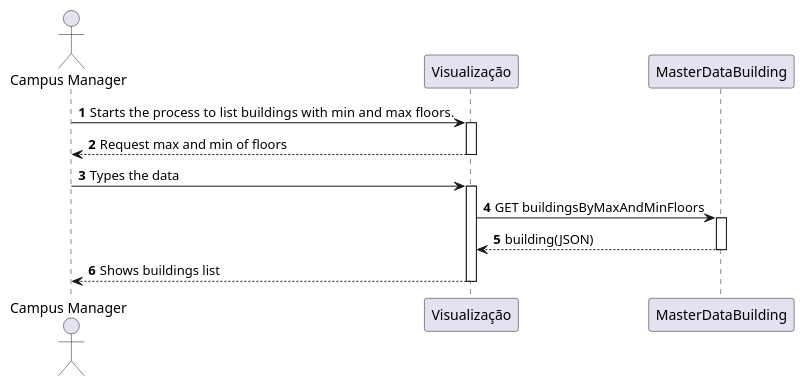
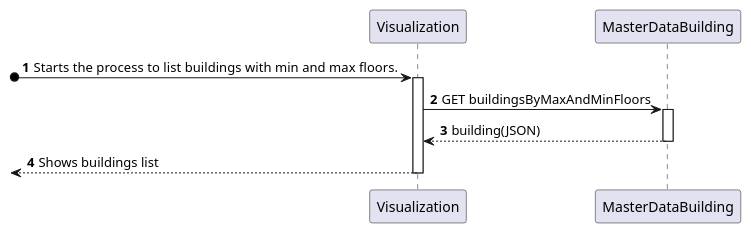
The diagram in docs/US_180/Diagrams/Level2/ProcessView.puml (Pedro-Pereira1/sem5pi_23_24_g056), drawn with PlantUML before and after one commit. The commit also changed 1 other file, not shown here.

Commit message:
Updated US180 ProcessView layer 2 diagram

```diff
--- a/docs/US_180/Diagrams/Level2/ProcessView.puml
+++ b/docs/US_180/Diagrams/Level2/ProcessView.puml
@@ -1,25 +1,21 @@
 @startuml
 
 autonumber
-actor "Campus Manager" as CM
-participant Visualização
+
+participant Visualization
 participant "MasterDataBuilding" as GI
 
-CM -> Visualização: Starts the process to  list buildings with min and max floors.
-activate Visualização
-Visualização --> CM: Request max and min of floors
-deactivate Visualização
+?o-> Visualization: Starts the process to  list buildings with min and max floors.
+activate Visualization
 
-CM -> Visualização: Types the data
-activate Visualização
 
-Visualização -> GI: GET buildingsByMaxAndMinFloors
+Visualization -> GI: GET buildingsByMaxAndMinFloors
 activate GI
-GI --> Visualização: building(JSON)
+GI --> Visualization: building(JSON)
 deactivate GI
 
-CM <-- Visualização: Shows buildings list
-deactivate Visualização
+<-- Visualization: Shows buildings list
+deactivate Visualization
 
 
 @enduml
```
